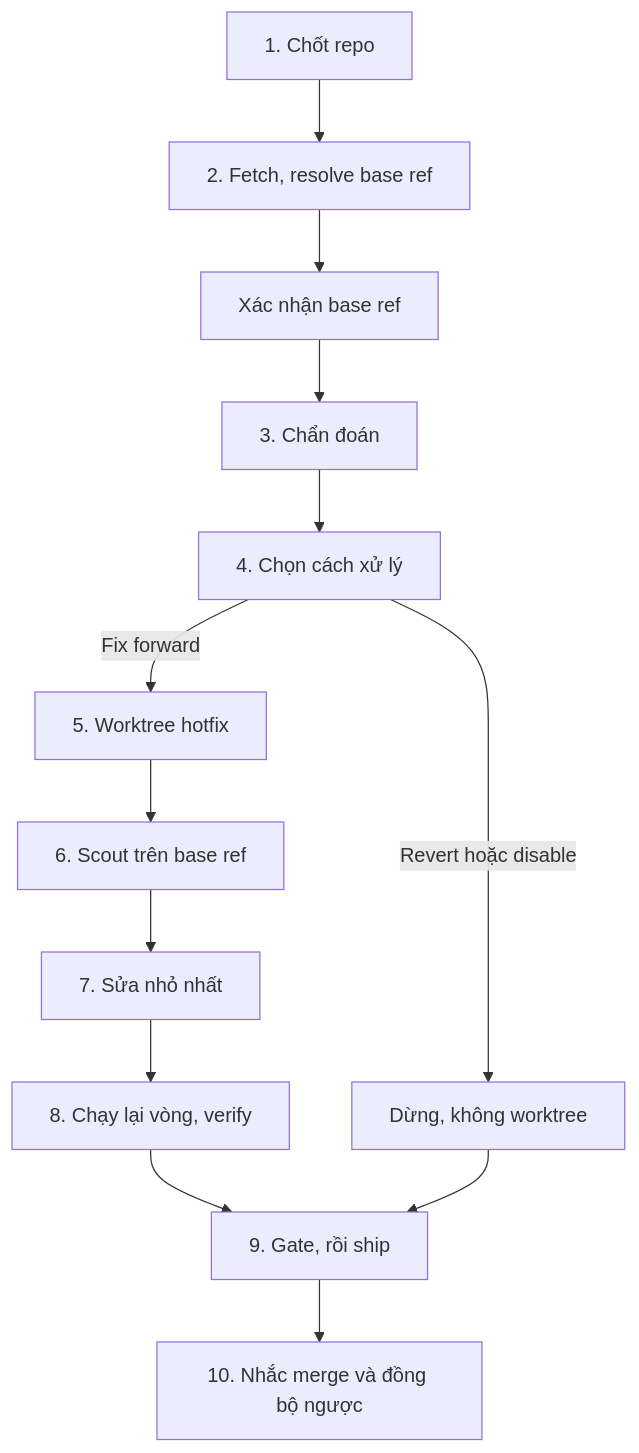
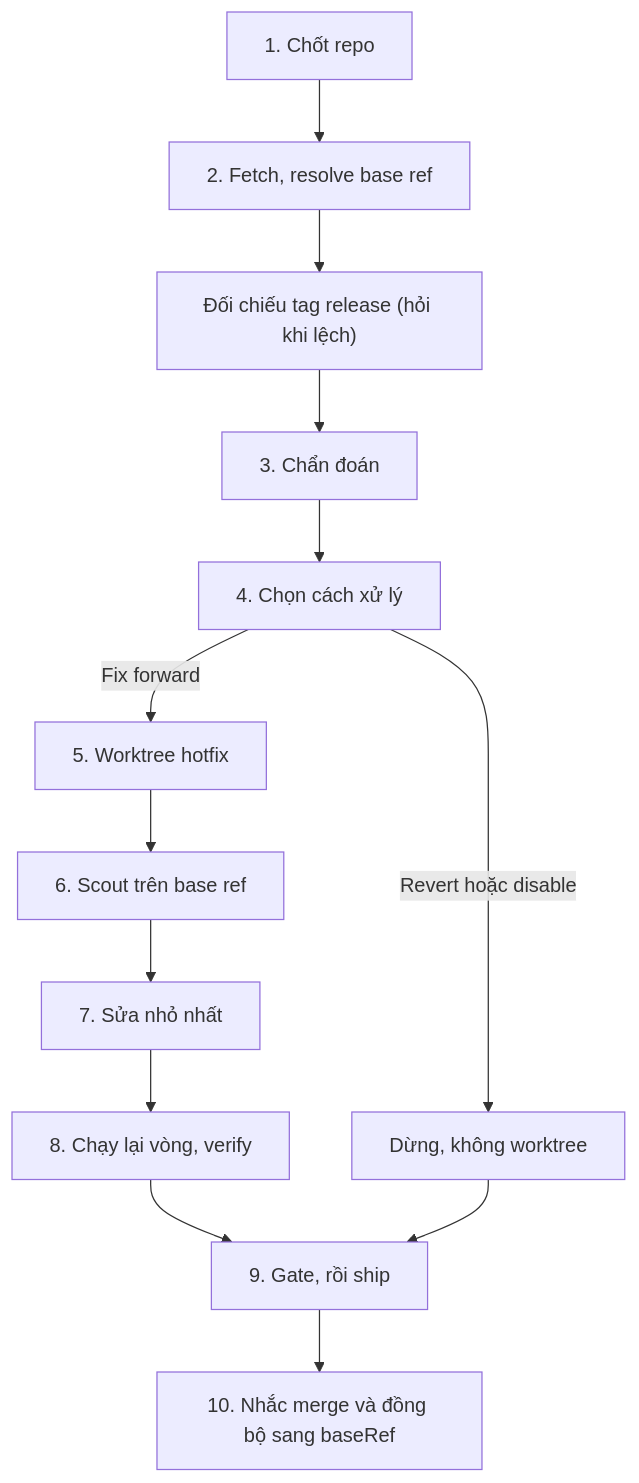
Before and after one commit to ZenifyAIContactCenter/zenify-kit: the diagram in website/workflows/hotfix.md, drawn with Mermaid. The commit also changed other lines of this file and 10 other files, not shown here.

````diff
--- a/website/workflows/hotfix.md
+++ b/website/workflows/hotfix.md
@@ -34,18 +34,18 @@
 ```mermaid
 flowchart TD
   A["1. Chốt repo"] --> B["2. Fetch, resolve base ref"]
-  B --> C["Xác nhận base ref"]
+  B --> C["Đối chiếu tag release (hỏi khi lệch)"]
   C --> D["3. Chẩn đoán"]
   D --> E["4. Chọn cách xử lý"]
   E -->|Revert hoặc disable| F["Dừng, không worktree"]
   E -->|Fix forward| G["5. Worktree hotfix"]
   G --> H["6. Scout trên base ref"]
   H --> I["7. Sửa nhỏ nhất"]
   I --> J["8. Chạy lại vòng, verify"]
   J --> K["9. Gate, rồi ship"]
   F --> K
-  K --> L["10. Nhắc merge và đồng bộ ngược"]
-  class A,B,D,G,H,I,J,K,L action
-  class C,E user
+  K --> L["10. Nhắc merge và đồng bộ sang baseRef"]
+  class A,B,C,D,G,H,I,J,K,L action
+  class E user
   class F stop
 ```
````
